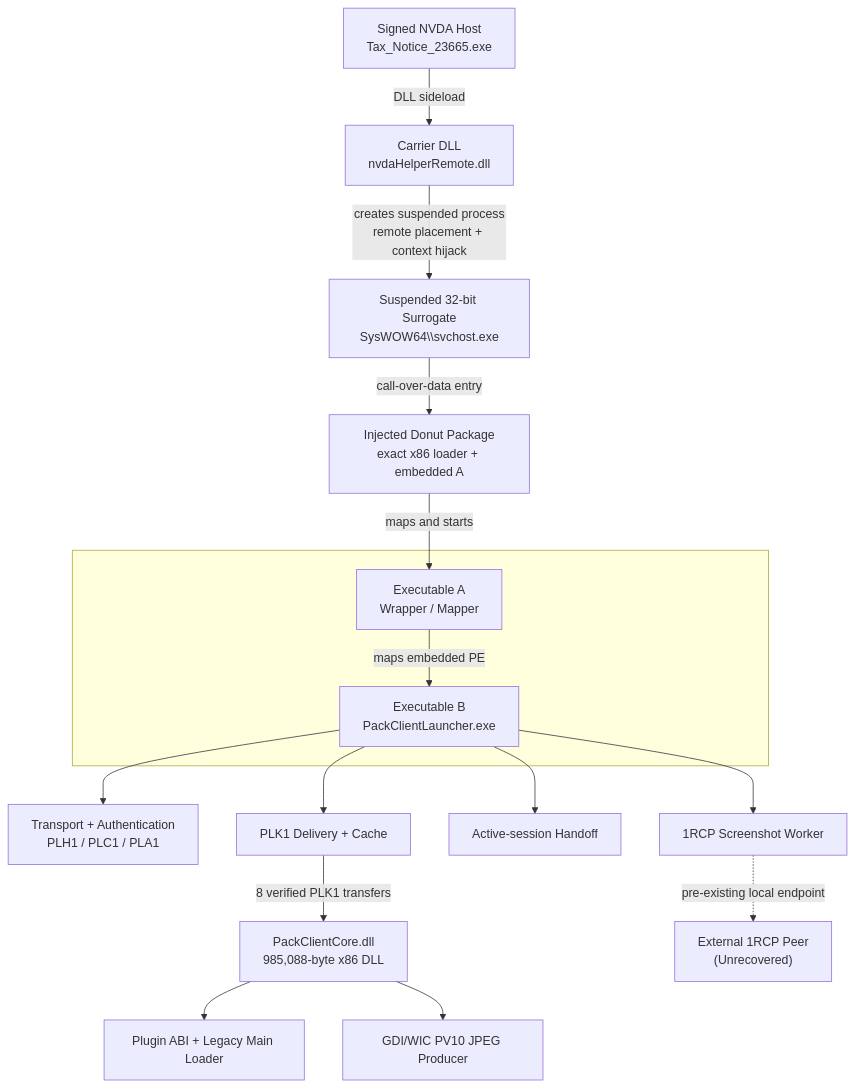
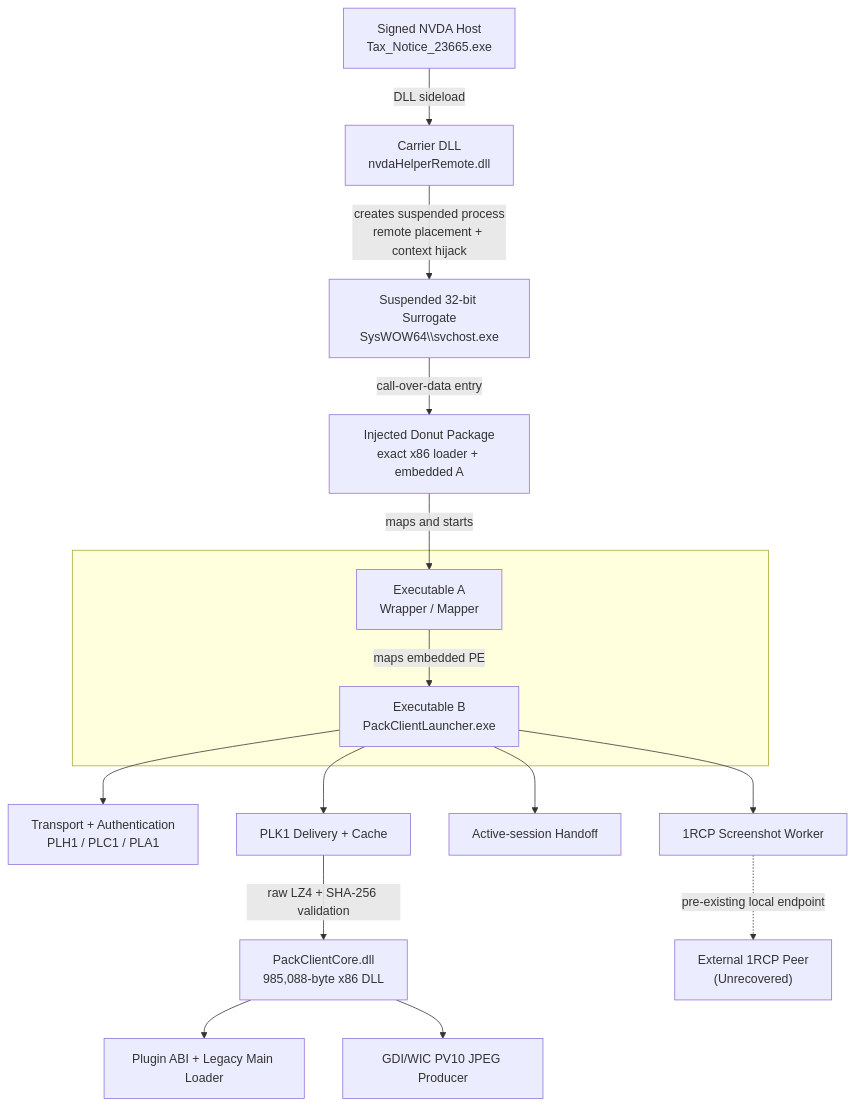
One commit to ivanimmanuel-dev/PackClient changed the diagram in README.md. Above: the diagram before and after it, drawn with Mermaid. The commit also changed other lines of this file, not shown here.

````diff
--- a/README.md
+++ b/README.md
@@ -28,28 +28,28 @@
 ```mermaid
 flowchart TD
     H["Signed NVDA Host<br/>Tax_Notice_23665.exe"]
     C["Carrier DLL<br/>nvdaHelperRemote.dll"]
     V["Suspended 32-bit Surrogate<br/>SysWOW64\\svchost.exe"]
     D["Injected Donut Package<br/>exact x86 loader + embedded A"]
 
     subgraph P[" "]
         A["Executable A<br/>Wrapper / Mapper"]
         B["Executable B<br/>PackClientLauncher.exe"]
         A -->|"maps embedded PE"| B
     end
 
     H -->|"DLL sideload"| C
     C -->|"creates suspended process<br/>remote placement + context hijack"| V
     V -->|"call-over-data entry"| D
     D -->|"maps and starts"| A
 
     B --> T["Transport + Authentication<br/>PLH1 / PLC1 / PLA1"]
     B --> K["PLK1 Delivery + Cache"]
     B --> S["Active-session Handoff"]
     B --> R["1RCP Screenshot Worker"]
 
-    K -->|"8 verified PLK1 transfers"| CORE["PackClientCore.dll<br/>985,088-byte x86 DLL"]
+    K -->|"raw LZ4 + SHA-256 validation"| CORE["PackClientCore.dll<br/>985,088-byte x86 DLL"]
     CORE --> PABI["Plugin ABI + Legacy Main Loader"]
     CORE --> PV10["GDI/WIC PV10 JPEG Producer"]
     R -. "pre-existing local endpoint" .-> PEER["External 1RCP Peer<br/>(Unrecovered)"]
 ```
````
